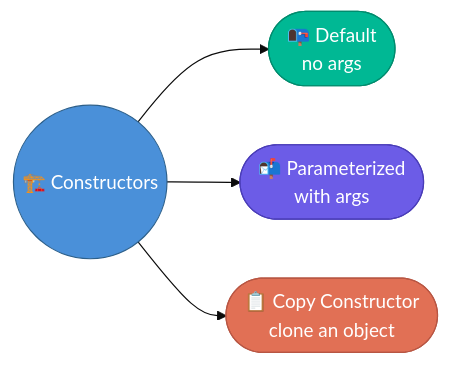
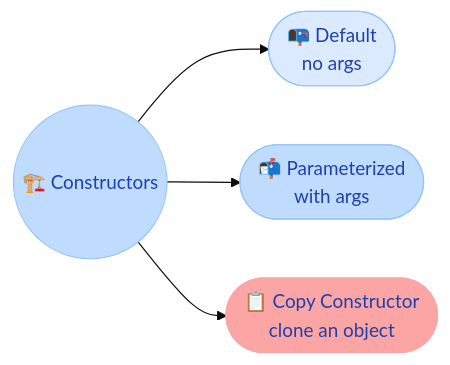
The first of 2 diagrams in docs/java/Constructors.md (saivamsikaruturi/vamsilabs-dev-notes-main), drawn with Mermaid (base theme) before and after one commit. The commit also changed other lines of this file and 220 other files, not shown here.

First line of the commit message:
Add 50+ new Java/Spring Boot pages, rewrite CSS code blocks to Oracle style, fix all diagram colors

````diff
--- a/docs/java/Constructors.md
+++ b/docs/java/Constructors.md
@@ -9,11 +9,11 @@
 ```mermaid
 flowchart LR
     A(("🏗️ Constructors")) --> B(["📭 Default<br/>no args"])
     A --> C(["📬 Parameterized<br/>with args"])
     A --> D(["📋 Copy Constructor<br/>clone an object"])
 
-    style A fill:#4a90d9,stroke:#2c5f8a,color:#fff
-    style B fill:#00b894,stroke:#008c6e,color:#fff
-    style C fill:#6c5ce7,stroke:#4a3db8,color:#fff
-    style D fill:#e17055,stroke:#b85643,color:#fff
+    style A fill:#BFDBFE,stroke:#93C5FD,color:#1E40AF
+    style B fill:#DBEAFE,stroke:#93C5FD,color:#1E40AF
+    style C fill:#BFDBFE,stroke:#93C5FD,color:#1E40AF
+    style D fill:#FCA5A5,stroke:#FCA5A5,color:#1E40AF
 ```
````
